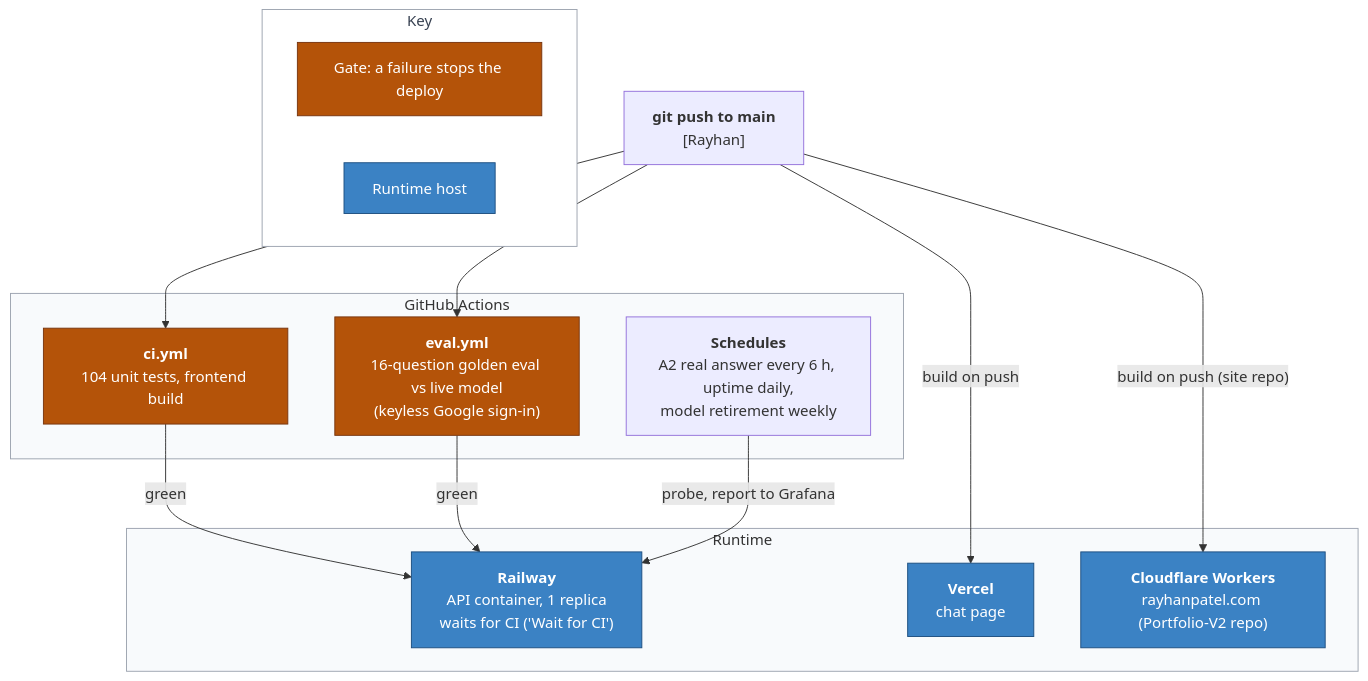
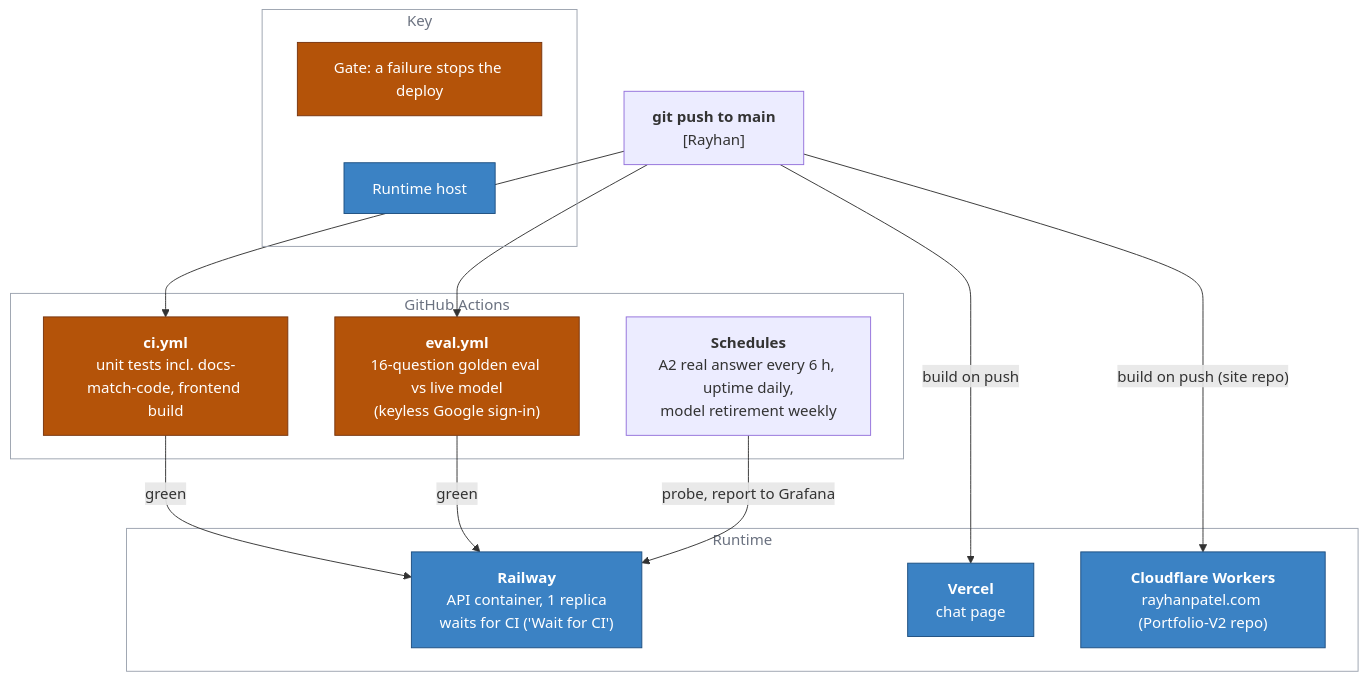
The tenth of 11 diagrams in docs/ARCHITECTURE.md (Rayhanpatel/AI-Resume-Agent), drawn with Mermaid before and after one commit. The commit also changed other lines of this file and 8 other files, not shown here.

First line of the commit message:
Docs that stay true: drift tests, diagram rendering in CI, dark mode, accessibility

````diff
--- a/docs/ARCHITECTURE.md
+++ b/docs/ARCHITECTURE.md
@@ -407,36 +425,38 @@
 ```mermaid
 flowchart TB
+    accTitle: Deployment and delivery
+    accDescr: A push to main runs the unit tests and the golden eval, which gate the Railway deploy. Vercel and Cloudflare Workers build on push. Scheduled workflows probe the API.
     dev["<b>git push to main</b><br/>[Rayhan]"]
 
     subgraph gh["GitHub Actions"]
-        ci["<b>ci.yml</b><br/>104 unit tests, frontend build"]
+        ci["<b>ci.yml</b><br/>unit tests incl. docs-match-code, frontend build"]
         eval["<b>eval.yml</b><br/>16-question golden eval vs live model<br/>(keyless Google sign-in)"]
         sched["<b>Schedules</b><br/>A2 real answer every 6 h, uptime daily,<br/>model retirement weekly"]
     end
 
     subgraph run["Runtime"]
         railway["<b>Railway</b><br/>API container, 1 replica<br/>waits for CI ('Wait for CI')"]
         vercel["<b>Vercel</b><br/>chat page"]
         workers["<b>Cloudflare Workers</b><br/>rayhanpatel.com (Portfolio-V2 repo)"]
     end
 
     dev --> ci & eval
     ci -->|"green"| railway
     eval -->|"green"| railway
     dev -->|"build on push"| vercel
     dev -->|"build on push (site repo)"| workers
     sched -->|"probe, report to Grafana"| railway
 
     subgraph key["Key"]
         k1["Gate: a failure stops the deploy"]:::gate
         k2["Runtime host"]:::host
     end
-    style key fill:#ffffff,stroke:#9ca3af,color:#374151
+    style key fill:none,stroke:#9ca3af,color:#6b7280
 
     classDef gate fill:#b45309,stroke:#78350f,color:#ffffff
     classDef host fill:#3b82c4,stroke:#1d4f80,color:#ffffff
     class ci,eval gate
     class railway,vercel,workers host
-    style gh fill:#f8fafc,stroke:#9ca3af
-    style run fill:#f8fafc,stroke:#9ca3af
+    style gh fill:none,stroke:#9ca3af,color:#6b7280
+    style run fill:none,stroke:#9ca3af,color:#6b7280
 ```
````
